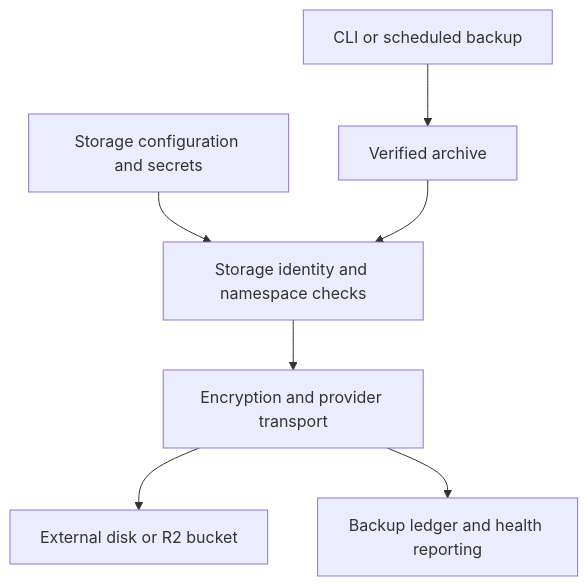
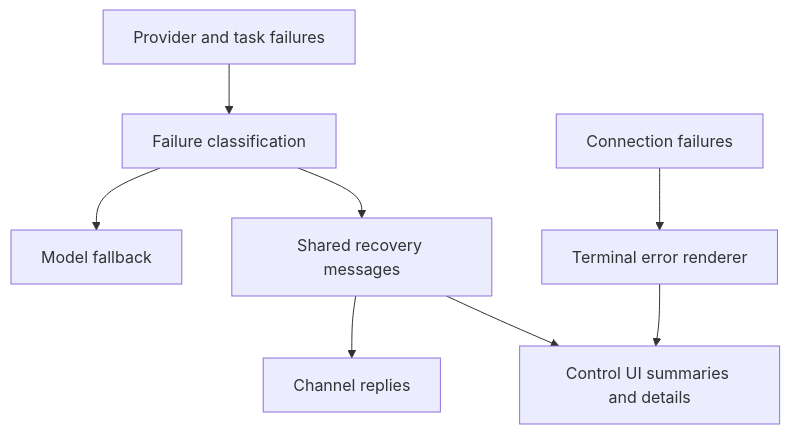
The diagram in fix-origins/clawsweeper/bundles/0272.full.md (miguelbranco80/openclaw-bug-origins), drawn with Mermaid before and after one commit. The commit also changed other lines of this file and 6464 other files, not shown here.

````diff
--- a/fix-origins/clawsweeper/bundles/0272.full.md
+++ b/fix-origins/clawsweeper/bundles/0272.full.md
@@ -39,9 +39,10 @@
 ```mermaid
 flowchart TD
-  A[CLI or scheduled backup] --> B[Verified archive]
-  C[Storage configuration and secrets] --> D[Storage identity and namespace checks]
-  B --> D
-  D --> E[Encryption and provider transport]
-  E --> F[External disk or R2 bucket]
-  E --> G[Backup ledger and health reporting]
+  A[Provider and task failures] --> B[Failure classification]
+  B --> C[Model fallback]
+  B --> D[Shared recovery messages]
+  E[Connection failures] --> F[Terminal error renderer]
+  D --> G[Channel replies]
+  D --> H[Control UI summaries and details]
+  F --> H
 ```
````
